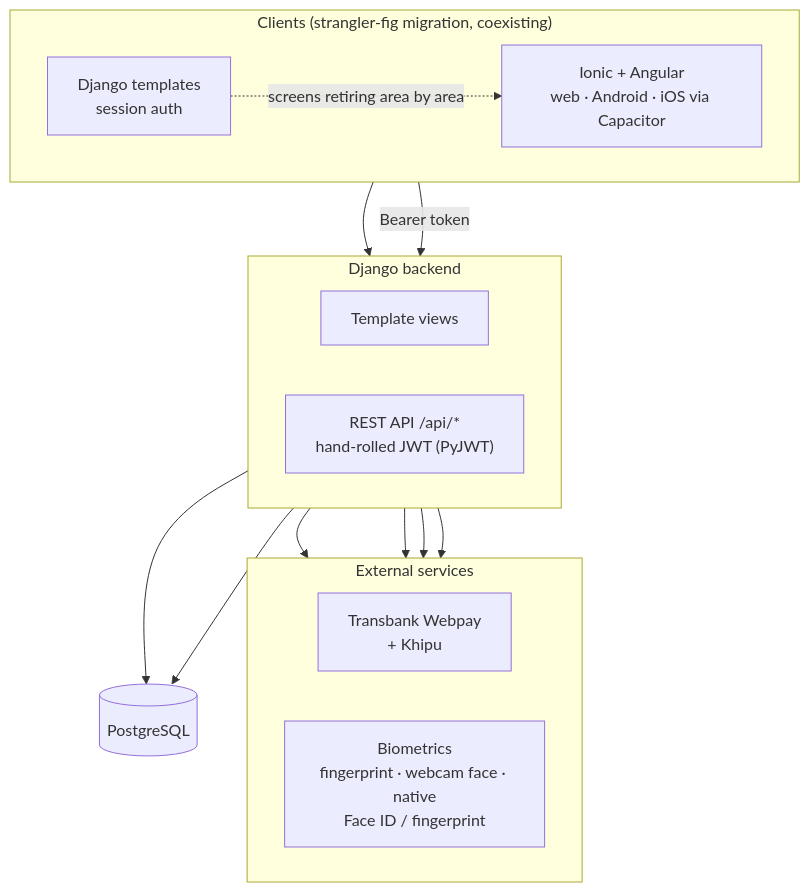
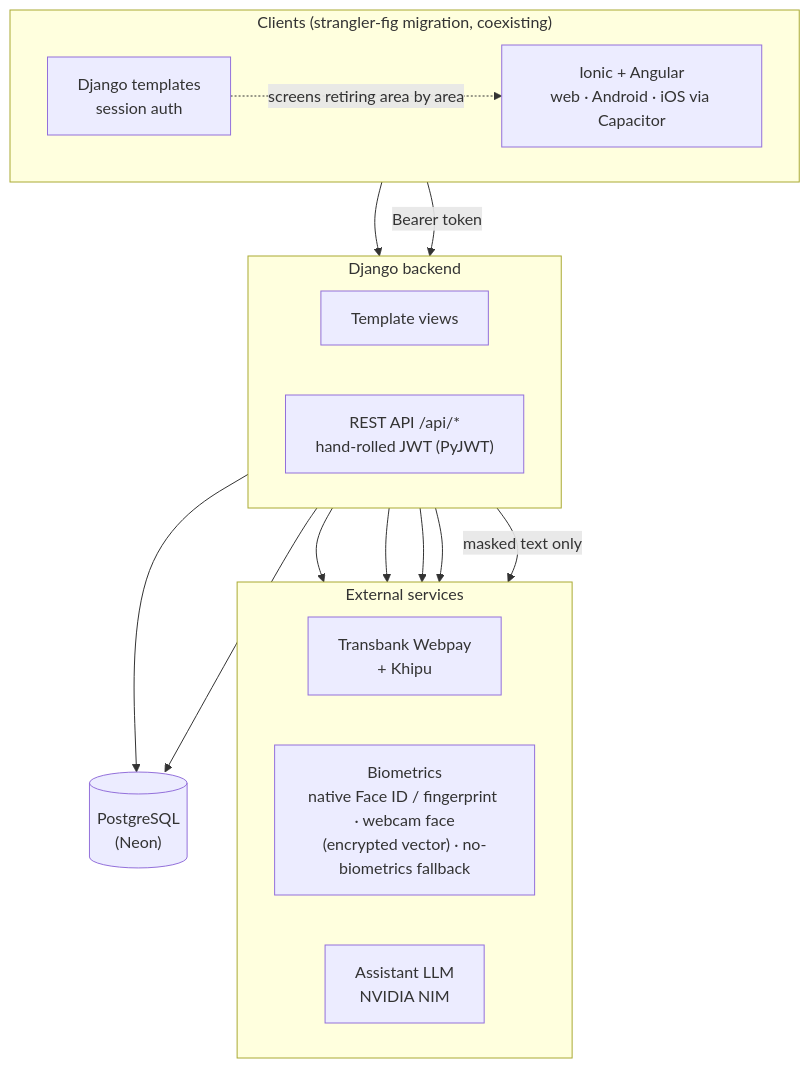
One commit to KuityPipe/Tesis-Mejorada changed the diagram in README.md. Above: the diagram before and after it, drawn with Mermaid. The commit also changed other lines of this file and 8 other files, not shown here.

````diff
--- a/README.md
+++ b/README.md
@@ -39,33 +41,35 @@
 ```mermaid
 flowchart TB
     subgraph CLIENTS["Clients (strangler-fig migration, coexisting)"]
         direction LR
         TPL["Django templates<br/>session auth"]
         ION["Ionic + Angular<br/>web · Android · iOS via Capacitor"]
     end
 
     TPL -. "screens retiring area by area" .-> ION
 
     subgraph BACKEND["Django backend"]
         direction LR
         VIEWS["Template views"]
         API["REST API /api/*<br/>hand-rolled JWT (PyJWT)"]
     end
 
     TPL --> VIEWS
     ION -- "Bearer token" --> API
 
-    VIEWS --> DB[("PostgreSQL")]
+    VIEWS --> DB[("PostgreSQL<br/>(Neon)")]
     API --> DB
 
     VIEWS --> PAY
     API --> PAY
     VIEWS --> BIO
     API --> BIO
+    API -- "masked text only" --> LLM
 
     subgraph EXTERNAL["External services"]
         direction LR
         PAY["Transbank Webpay<br/>+ Khipu"]
-        BIO["Biometrics<br/>fingerprint · webcam face · native<br/>Face ID / fingerprint"]
+        BIO["Biometrics<br/>native Face ID / fingerprint · webcam face<br/>(encrypted vector) · no-biometrics fallback"]
+        LLM["Assistant LLM<br/>NVIDIA NIM"]
     end
 ```
````
